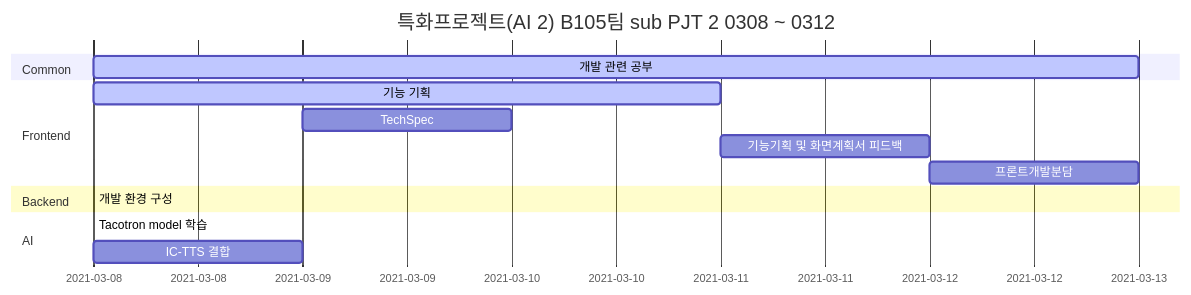
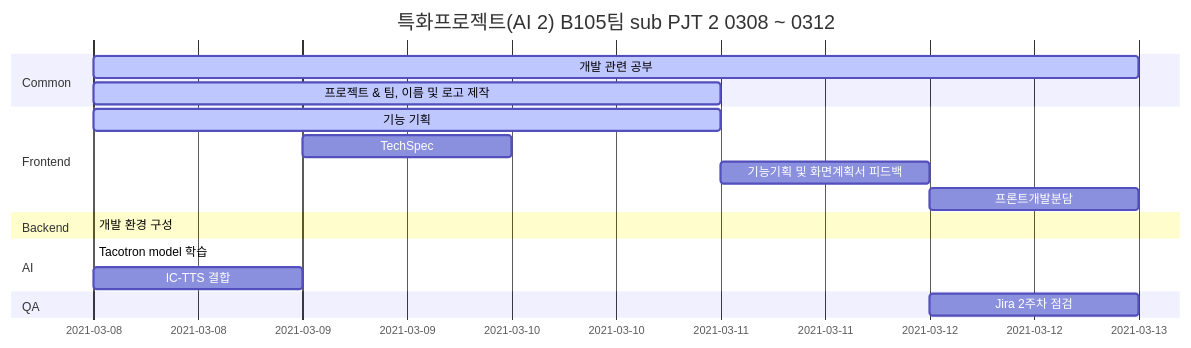
The diagram in README.md (jes5918/dinory), drawn with Mermaid before and after one commit.

Commit message:
[docs] : README.md 업데이트

````diff
--- a/README.md
+++ b/README.md
@@ -34,21 +34,24 @@
 ```mermaid
 gantt
     axisFormat  %Y-%m-%d
     title      특화프로젝트(AI 2) B105팀 sub PJT 2 0308 ~ 0312
 	section Common
 	개발 관련 공부: active, 2021-03-08, 5d
+	프로젝트 & 팀, 이름 및 로고 제작 : active, 2021-03-08, 3d
 	
     section Frontend
     기능 기획 :active, a1, 2021-03-08, 3d
     TechSpec :, 2021-03-09, 1d
     기능기획 및 화면계획서 피드백 :after a1, 1d
     프론트개발분담 :	, 2021-03-12, 1d
 
     section Backend
    	개발 환경 구성 :active, 2021-03-08, 2021-03-11
    	
    	section AI
    	Tacotron model 학습 :active, a2, 2021-03-08, 2021-03-11
    	IC-TTS 결합 :after a2, 1d
    	
+   	section QA
+   	Jira 2주차 점검 :, 2021-03-12, 1d
 ```
````
